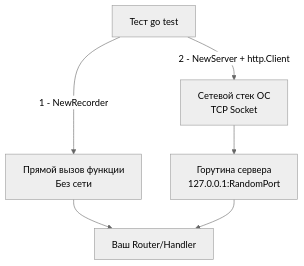
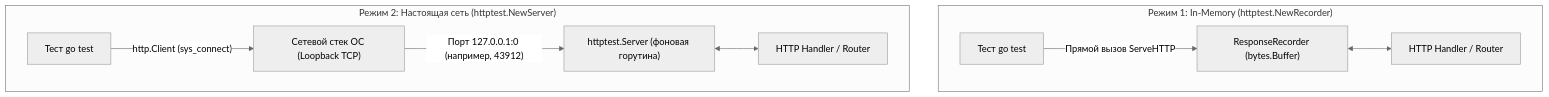
Before and after one commit to UnrealTemplier/go-textbook: the diagram in sources/15. Тестирование в Go (QA & Testing)/05. Интеграционные тесты/8. HTTP integration тесты.md, drawn with Mermaid (neutral theme). The commit also changed other lines of this file, not shown here.

Commit message:
feat(module-15): editorial rewrite of lecture 8 (HTTP integration тесты) in Subsection 5 in Kernighan style

````diff
--- a/sources/15. Тестирование в Go (QA & Testing)/05. Интеграционные тесты/8. HTTP integration тесты.md
+++ b/sources/15. Тестирование в Go (QA & Testing)/05. Интеграционные тесты/8. HTTP integration тесты.md
@@ -18,9 +40,13 @@
 ```mermaid
 flowchart TD
-    A["Тест go test"] -->|"1 - NewRecorder"| B["Прямой вызов функции<br>Без сети"]
-    B --> C["Ваш Router/Handler"]
-    
-    A -->|"2 - NewServer + http.Client"| D["Сетевой стек ОС<br>TCP Socket"]
-    D --> E["Горутина сервера<br>127.0.0.1:RandomPort"]
-    E --> C
+    subgraph Mode1["Режим 1: In-Memory (httptest.NewRecorder)"]
+        Test1["Тест go test"] -->|"Прямой вызов ServeHTTP"| Rec["ResponseRecorder (bytes.Buffer)"]
+        Rec <--> Hand1["HTTP Handler / Router"]
+    end
+
+    subgraph Mode2["Режим 2: Настоящая сеть (httptest.NewServer)"]
+        Test2["Тест go test"] -->|"http.Client (sys_connect)"| Sock["Сетевой стек ОС (Loopback TCP)"]
+        Sock -->|"Порт 127.0.0.1:0 (например, 43912)"| Serv["httptest.Server (фоновая горутина)"]
+        Serv <--> Hand2["HTTP Handler / Router"]
+    end
 ```
````
